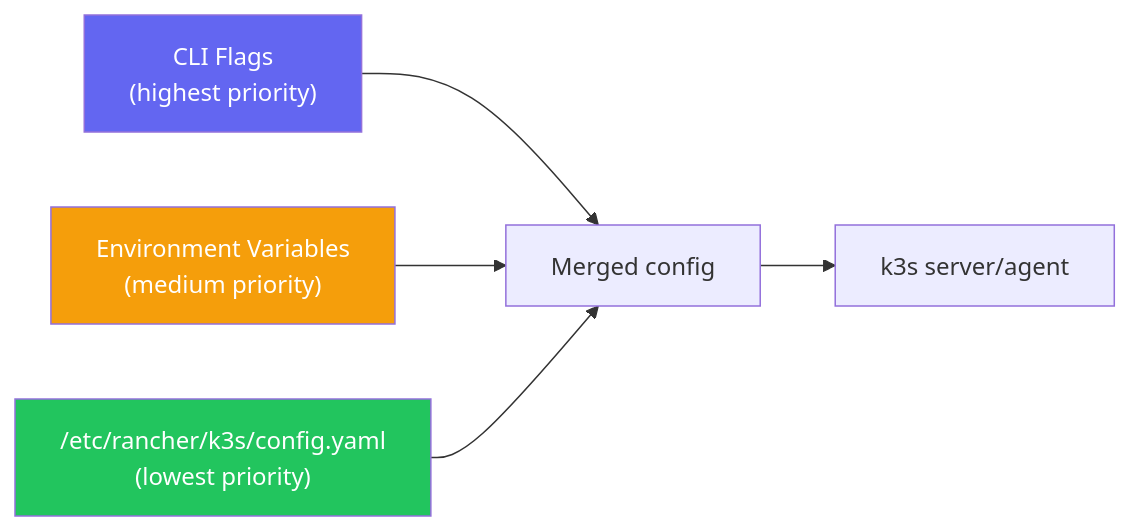
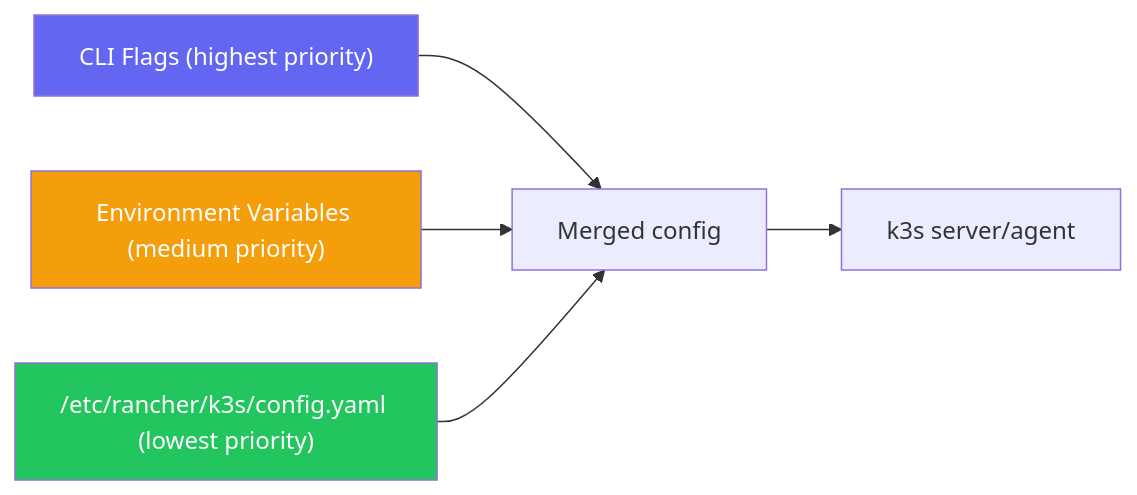
The diagram in 02_installation/02_installation_options_flags.md (UncleJS/course_k3s), drawn with Mermaid before and after one commit. The commit also changed 57 other files, not shown here.

````diff
--- a/02_installation/02_installation_options_flags.md
+++ b/02_installation/02_installation_options_flags.md
@@ -27,11 +27,11 @@
 ```mermaid
 flowchart LR
-    A["CLI Flags\n(highest priority)"] --> MERGE[Merged config]
-    B["Environment Variables\n(medium priority)"] --> MERGE
-    C["/etc/rancher/k3s/config.yaml\n(lowest priority)"] --> MERGE
+    A["CLI Flags (highest priority)"] --> MERGE[Merged config]
+    B["Environment Variables (medium priority)"] --> MERGE
+    C["/etc/rancher/k3s/config.yaml (lowest priority)"] --> MERGE
     MERGE --> K3S[k3s server/agent]
 
     style A fill:#6366f1,color:#fff
     style B fill:#f59e0b,color:#fff
     style C fill:#22c55e,color:#fff
 ```
````
